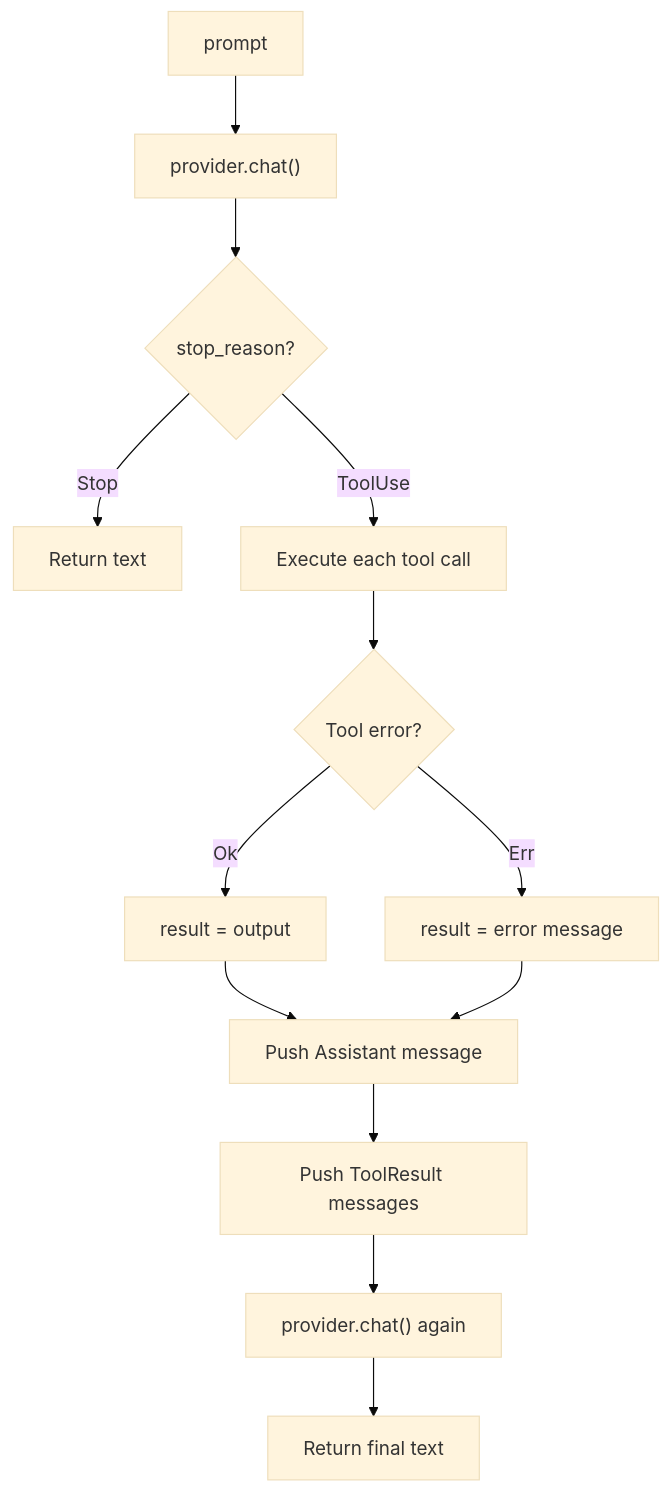
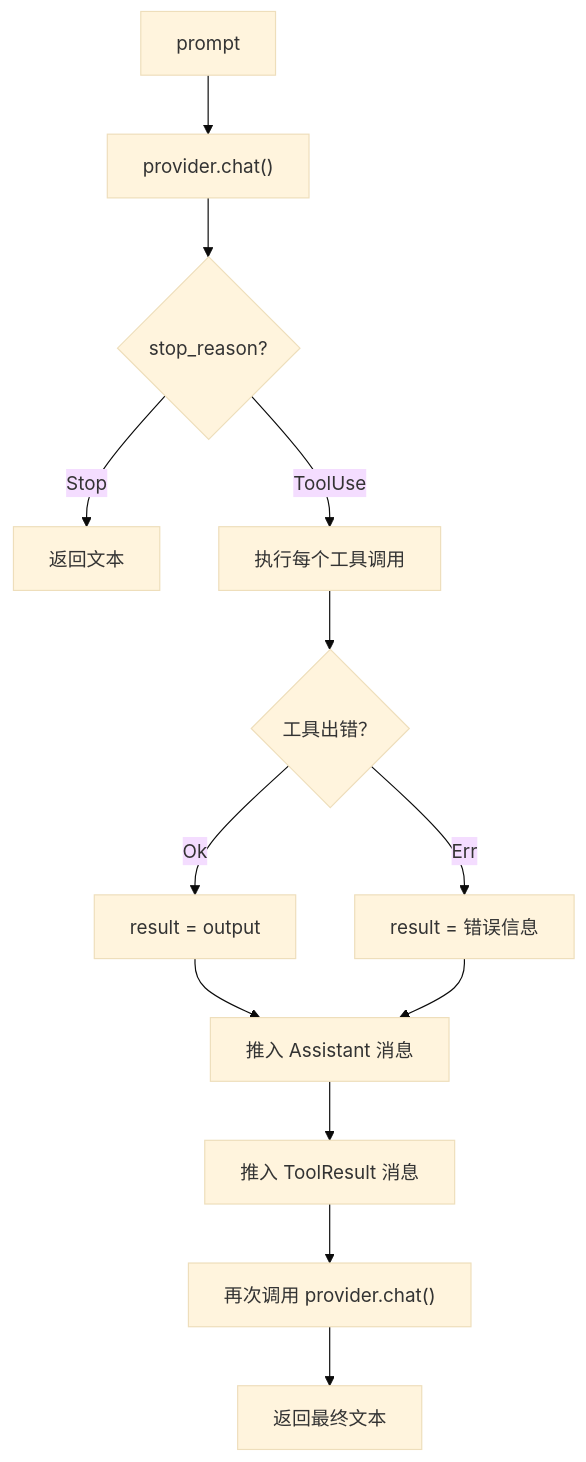
The first of 3 diagrams in mini-claw-code-book/zh/ch03-single-turn.md (odysa/mini-code), drawn with Mermaid (base theme) before and after one commit. The commit also changed other lines of this file and 16 other files, not shown here.

````diff
--- a/mini-claw-code-book/zh/ch03-single-turn.md
+++ b/mini-claw-code-book/zh/ch03-single-turn.md
@@ -60,15 +58,15 @@
 ```mermaid
 flowchart TD
     A["prompt"] --> B["provider.chat()"]
     B --> C{"stop_reason?"}
-    C -- "Stop" --> D["Return text"]
-    C -- "ToolUse" --> E["Execute each tool call"]
-    E --> F{"Tool error?"}
+    C -- "Stop" --> D["返回文本"]
+    C -- "ToolUse" --> E["执行每个工具调用"]
+    E --> F{"工具出错？"}
     F -- "Ok" --> G["result = output"]
-    F -- "Err" --> H["result = error message"]
-    G --> I["Push Assistant message"]
+    F -- "Err" --> H["result = 错误信息"]
+    G --> I["推入 Assistant 消息"]
     H --> I
-    I --> J["Push ToolResult messages"]
-    J --> K["provider.chat() again"]
-    K --> L["Return final text"]
+    I --> J["推入 ToolResult 消息"]
+    J --> K["再次调用 provider.chat()"]
+    K --> L["返回最终文本"]
 ```
````
